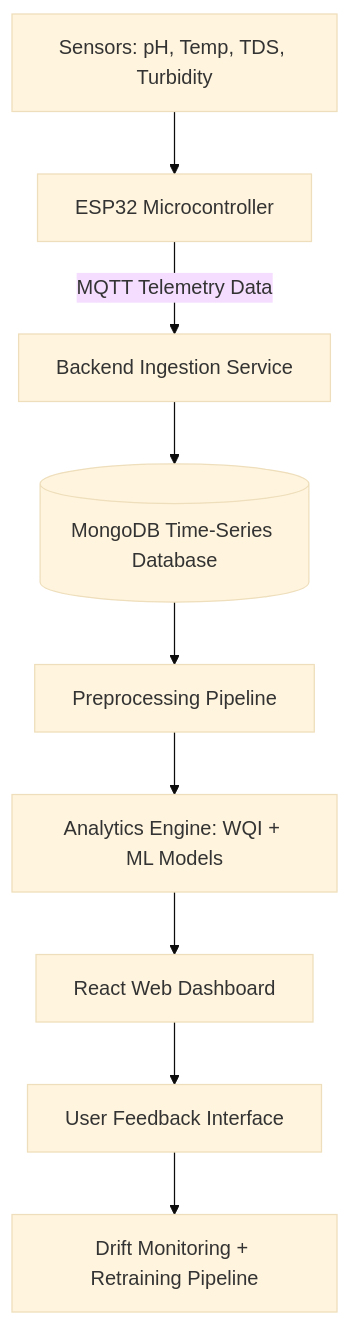
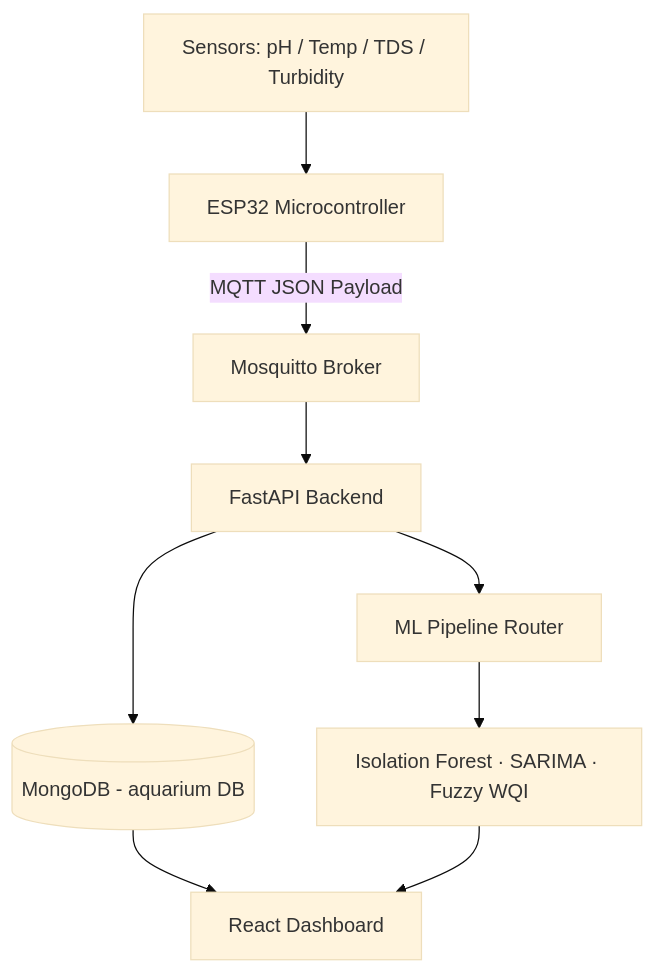
Before and after one commit to YasinduKaveesha/smart-aquarium-iot-analytics-platform: the diagram in README.md, drawn with Mermaid (base theme). The commit also changed other lines of this file, not shown here.

Commit message:
docs: update README with actual stack, architecture, API endpoints and run instructions

````diff
--- a/README.md
+++ b/README.md
@@ -32,11 +11,11 @@
 ```mermaid
 graph TD
-    A[Sensors: pH, Temp, TDS, Turbidity] --> B[ESP32 Microcontroller]
-    B -- "MQTT Telemetry Data" --> C[Backend Ingestion Service]
-    C --> D[(MongoDB Time-Series Database)]
-    D --> E[Preprocessing Pipeline]
-    E --> F[Analytics Engine: WQI + ML Models]
-    F --> G[React Web Dashboard]
-    G --> H[User Feedback Interface]
-    H --> I[Drift Monitoring + Retraining Pipeline]
+    A[Sensors: pH / Temp / TDS / Turbidity] --> B[ESP32 Microcontroller]
+    B -- MQTT JSON Payload --> C[Mosquitto Broker]
+    C --> D[FastAPI Backend]
+    D --> E[(MongoDB - aquarium DB)]
+    D --> F[ML Pipeline Router]
+    F --> G[Isolation Forest · SARIMA · Fuzzy WQI]
+    E --> H[React Dashboard]
+    G --> H
 ```
````
